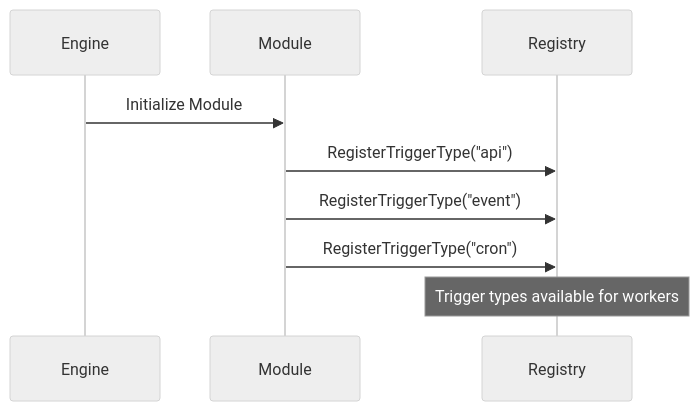
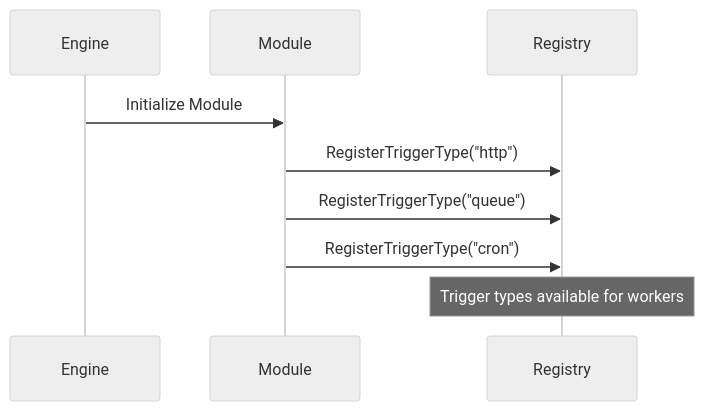
One commit to iii-hq/docs changed the third of 4 diagrams in content/trigger-types.mdx. Above: the diagram before and after it, drawn with Mermaid (neutral theme). The commit also changed other lines of this file and 27 other files, not shown here.

````diff
--- a/content/trigger-types.mdx
+++ b/content/trigger-types.mdx
@@ -265,13 +265,13 @@
 ```mermaid
 sequenceDiagram
     participant E as Engine
     participant M as Module
     participant R as Registry
 
     E->>M: Initialize Module
-    M->>R: RegisterTriggerType("api")
-    M->>R: RegisterTriggerType("event")
+    M->>R: RegisterTriggerType("http")
+    M->>R: RegisterTriggerType("queue")
     M->>R: RegisterTriggerType("cron")
 
     Note over R: Trigger types available for workers
 ```
````
